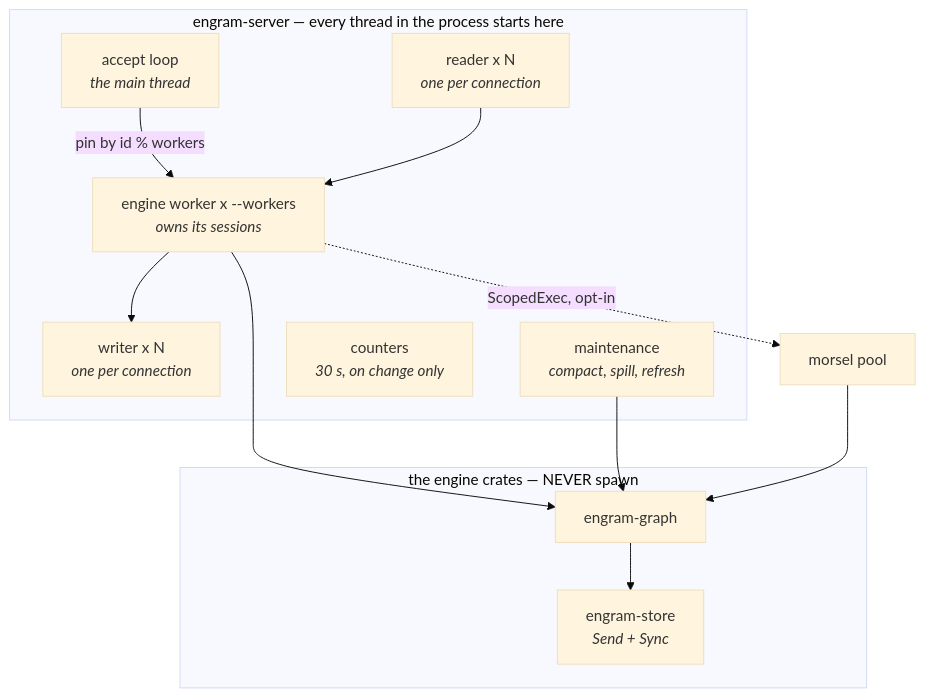
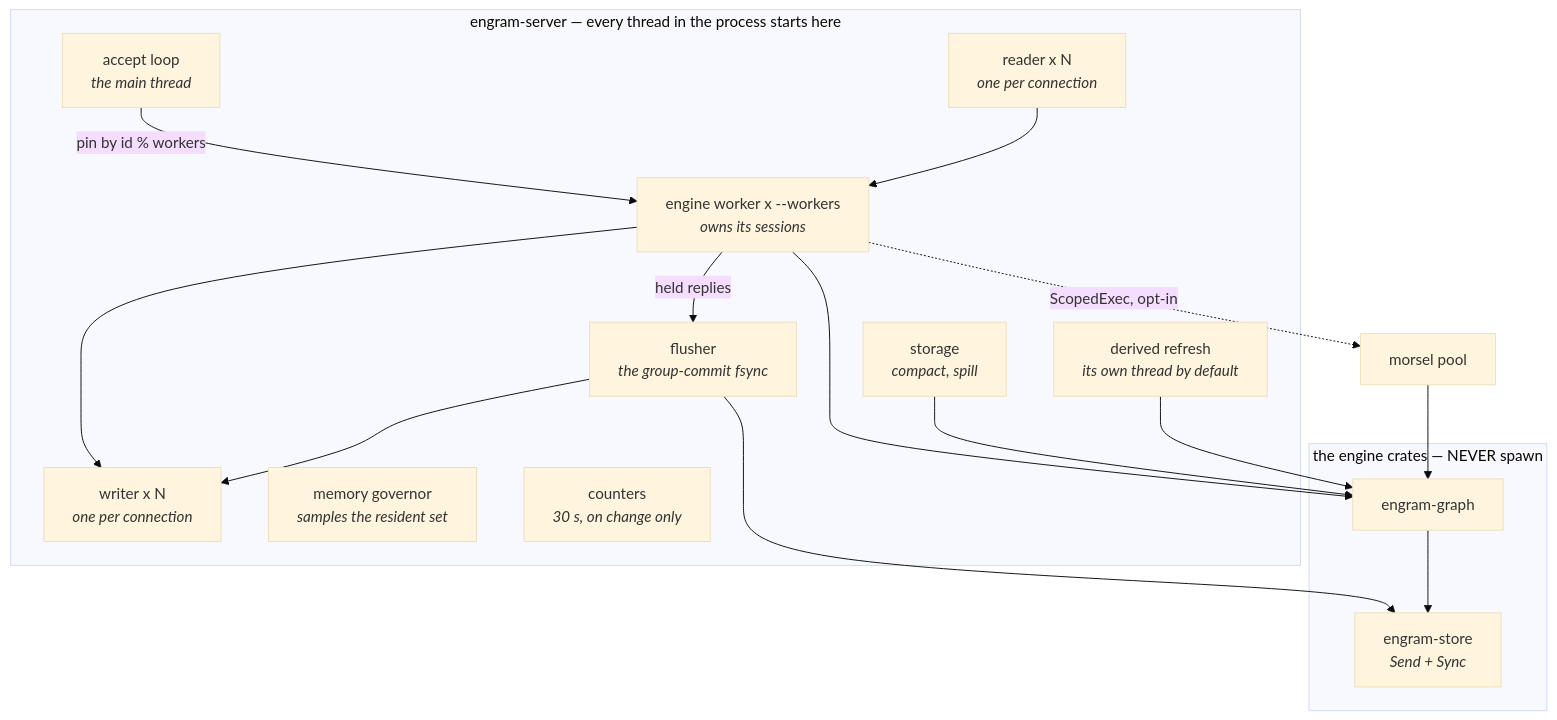
The diagram in docs/book/src/architecture/concurrency.md (dsamford/engram), drawn with Mermaid (base theme) before and after one commit. The commit also changed other lines of this file and 583 other files, not shown here.

````diff
--- a/docs/book/src/architecture/concurrency.md
+++ b/docs/book/src/architecture/concurrency.md
@@ -25,23 +45,30 @@
 ```mermaid
 flowchart TB
     subgraph one["engram-server — every thread in the process starts here"]
         A["accept loop<br/><i>the main thread</i>"]
         R["reader x N<br/><i>one per connection</i>"]
         Wr["writer x N<br/><i>one per connection</i>"]
         W["engine worker x --workers<br/><i>owns its sessions</i>"]
-        M["maintenance<br/><i>compact, spill, refresh</i>"]
+        FL["flusher<br/><i>the group-commit fsync</i>"]
+        M["storage<br/><i>compact, spill</i>"]
+        F["derived refresh<br/><i>its own thread by default</i>"]
+        MG["memory governor<br/><i>samples the resident set</i>"]
         C["counters<br/><i>30 s, on change only</i>"]
     end
     subgraph engine["the engine crates — NEVER spawn"]
         G["engram-graph"]
         S["engram-store<br/><i>Send + Sync</i>"]
     end
     A -->|pin by id % workers| W
     R --> W
     W --> Wr
+    W -->|held replies| FL
+    FL --> Wr
+    FL --> S
     W --> G
     M --> G
+    F --> G
     G --> S
     W -. "ScopedExec, opt-in" .-> P["morsel pool"]
     P --> G
 ```
````
